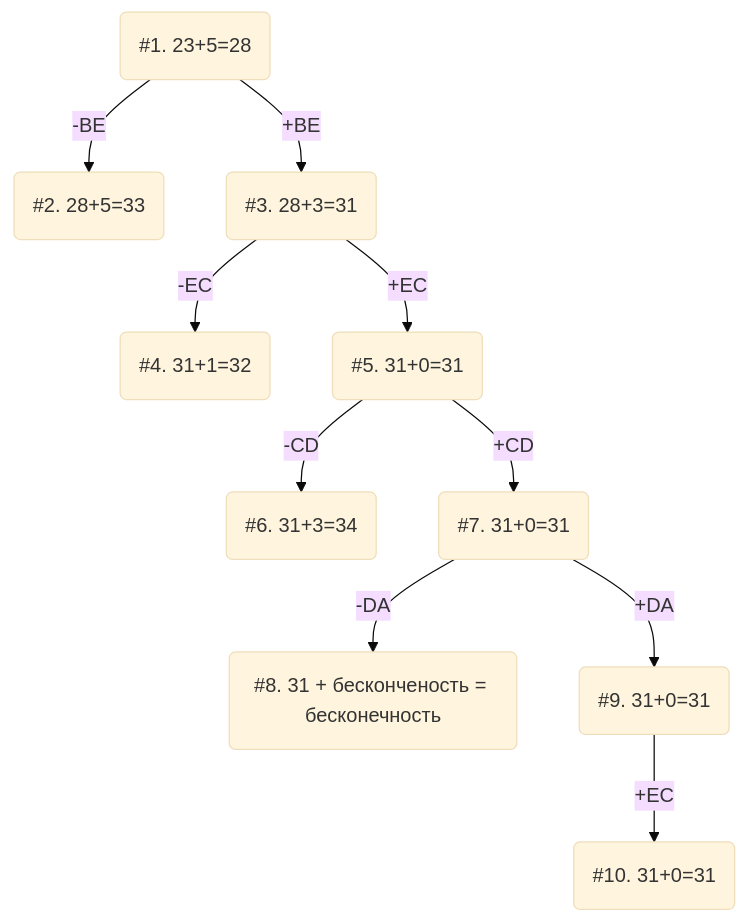
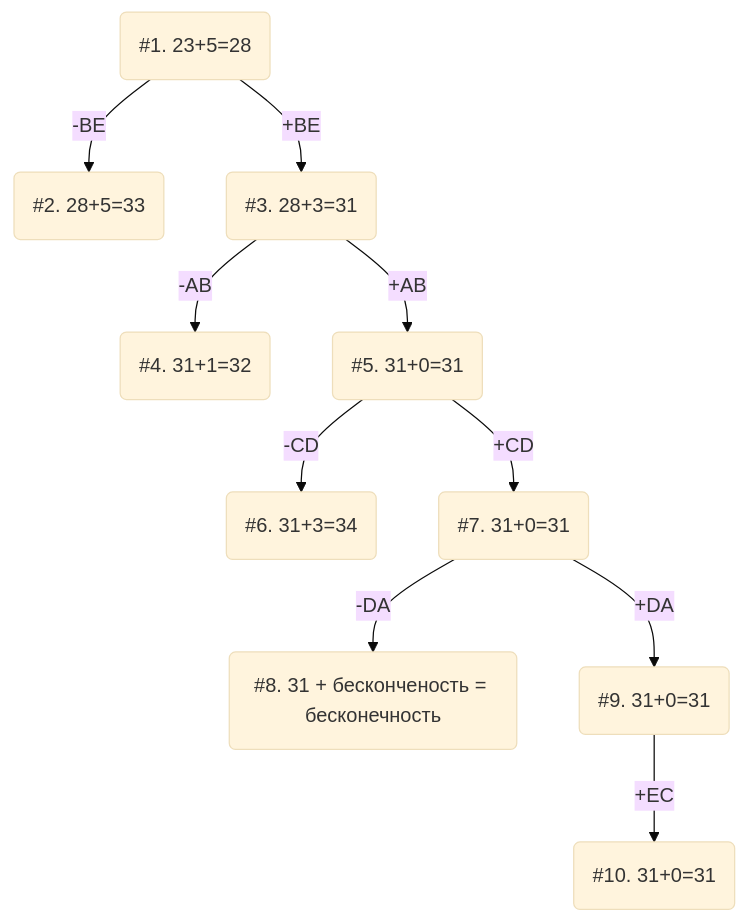
The diagram in task_20/girls_task_20.md (HSE-algo-23-crow/manual_tasks), drawn with Mermaid (base theme) before and after one commit. The commit also changed other lines of this file, not shown here.

````diff
--- a/task_20/girls_task_20.md
+++ b/task_20/girls_task_20.md
@@ -76,13 +76,13 @@
 ```mermaid
 graph TB
 
 1(#1. 23+5=28)-->|-BE|2(#2. 28+5=33)
 1-->|+BE|3(#3. 28+3=31)
-3-->|-EC|4(#4. 31+1=32)
-3-->|+EC|5(#5. 31+0=31)
+3-->|-AB|4(#4. 31+1=32)
+3-->|+AB|5(#5. 31+0=31)
 5-->|-CD|6(#6. 31+3=34)
 5-->|+CD|7(#7. 31+0=31)
 7-->|-DA|8(#8. 31 + бесконченость = бесконечность)
 7-->|+DA|9(#9. 31+0=31)
 9-->|+EC|10(#10. 31+0=31)
 ```
````
